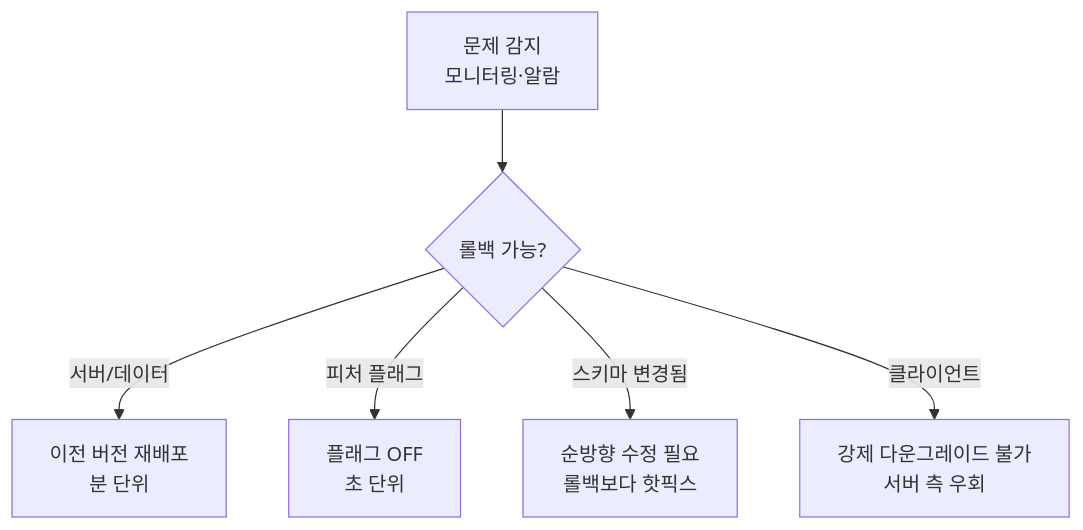
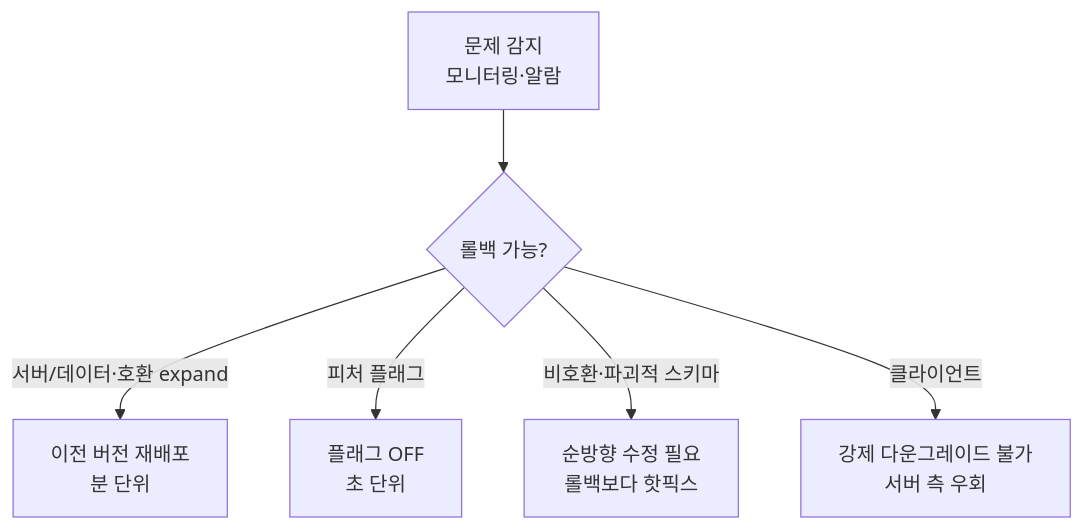
The seventh of 11 diagrams in live_service/part01_patch.md (Rein-ArXiv/game-dev-curriculum), drawn with Mermaid before and after one commit. The commit also changed other lines of this file and 279 other files, not shown here.

````diff
--- a/live_service/part01_patch.md
+++ b/live_service/part01_patch.md
@@ -418,8 +435,8 @@
 ```mermaid
 flowchart TB
     Detect[문제 감지<br/>모니터링·알람] --> Decide{롤백 가능?}
-    Decide -->|서버/데이터| Easy[이전 버전 재배포<br/>분 단위]
+    Decide -->|서버/데이터·호환 expand| Easy[이전 버전 재배포<br/>분 단위]
     Decide -->|피처 플래그| Flag[플래그 OFF<br/>초 단위]
-    Decide -->|스키마 변경됨| Hard[순방향 수정 필요<br/>롤백보다 핫픽스]
+    Decide -->|비호환·파괴적 스키마| Hard[순방향 수정 필요<br/>롤백보다 핫픽스]
     Decide -->|클라이언트| Block[강제 다운그레이드 불가<br/>서버 측 우회]
 ```
````
